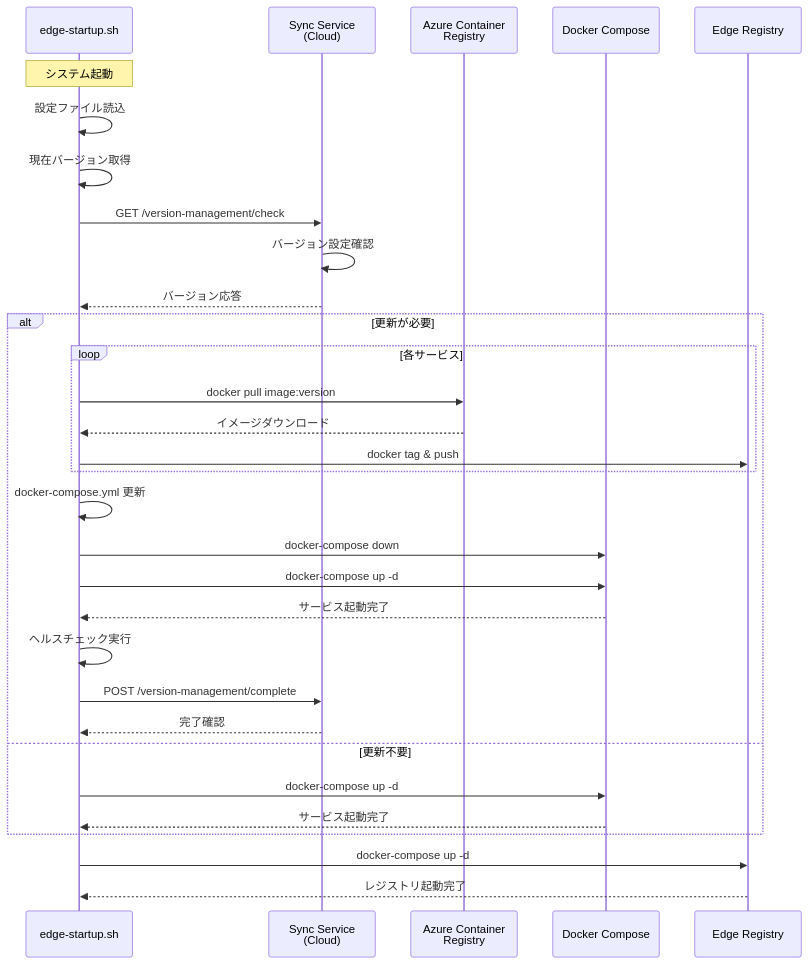
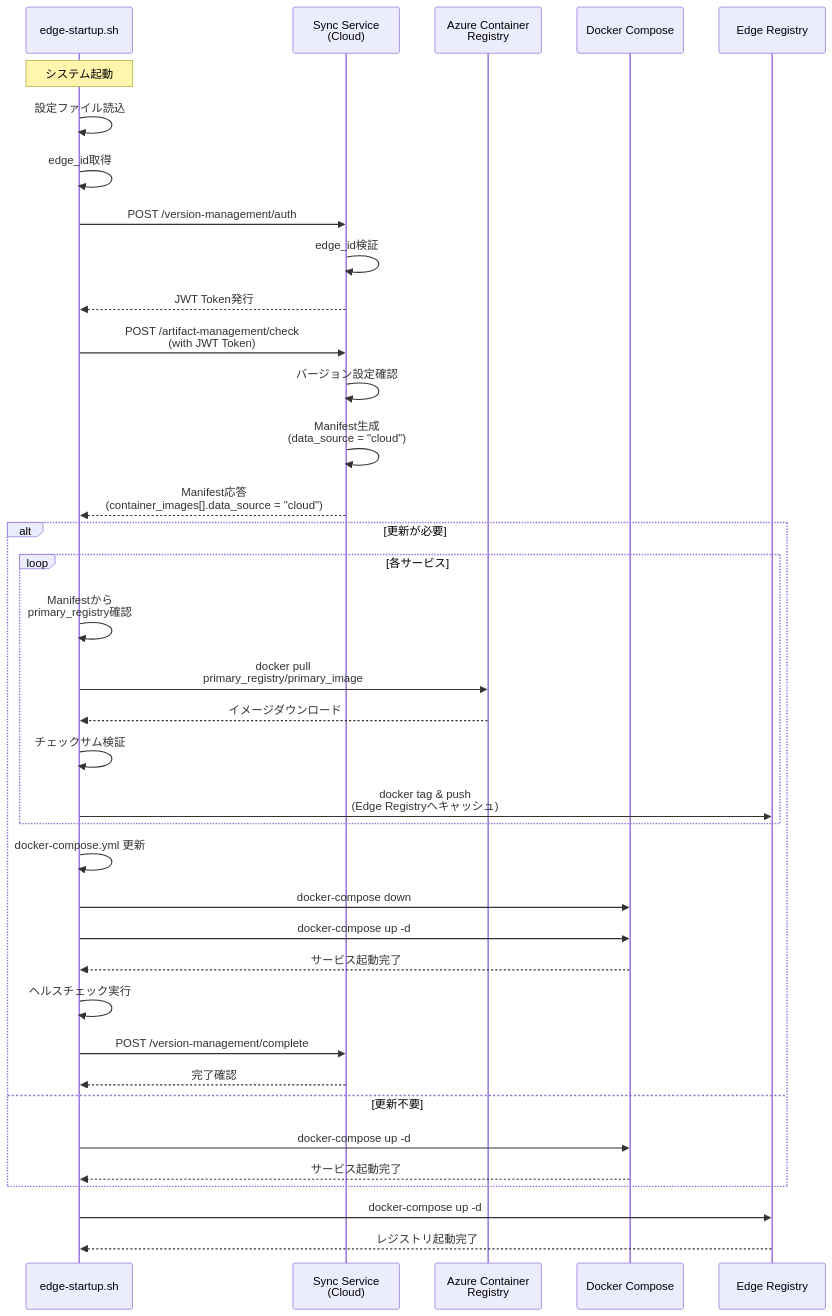
The seventh of 14 diagrams in notes/2-upgrade/03_アーキテクチャ解説書.md (gaocuiping/kugelpos-stpos-docs-new), drawn with Mermaid before and after one commit. The commit also changed other lines of this file and 2 other files, not shown here.

First line of the commit message:
docs: Update version check interval to 15 minutes

````diff
--- a/notes/2-upgrade/03_アーキテクチャ解説書.md
+++ b/notes/2-upgrade/03_アーキテクチャ解説書.md
@@ -492,41 +658,48 @@
 ```mermaid
 sequenceDiagram
     participant ES as edge-startup.sh
     participant SYNC as Sync Service<br/>(Cloud)
     participant ACR as Azure Container<br/>Registry
     participant DC as Docker Compose
     participant ER as Edge Registry
 
     Note over ES: システム起動
 
     ES->>ES: 設定ファイル読込
-    ES->>ES: 現在バージョン取得
+    ES->>ES: edge_id取得
 
-    ES->>SYNC: GET /version-management/check
+    ES->>SYNC: POST /version-management/auth
+    SYNC->>SYNC: edge_id検証
+    SYNC-->>ES: JWT Token発行
+
+    ES->>SYNC: POST /artifact-management/check<br/>(with JWT Token)
     SYNC->>SYNC: バージョン設定確認
-    SYNC-->>ES: バージョン応答
+    SYNC->>SYNC: Manifest生成<br/>(data_source = "cloud")
+    SYNC-->>ES: Manifest応答<br/>(container_images[].data_source = "cloud")
 
     alt 更新が必要
         loop 各サービス
-            ES->>ACR: docker pull image:version
+            ES->>ES: Manifestから<br/>primary_registry確認
+            ES->>ACR: docker pull<br/>primary_registry/primary_image
             ACR-->>ES: イメージダウンロード
-            ES->>ER: docker tag & push
+            ES->>ES: チェックサム検証
+            ES->>ER: docker tag & push<br/>(Edge Registryへキャッシュ)
         end
 
         ES->>ES: docker-compose.yml 更新
         ES->>DC: docker-compose down
         ES->>DC: docker-compose up -d
         DC-->>ES: サービス起動完了
 
         ES->>ES: ヘルスチェック実行
 
         ES->>SYNC: POST /version-management/complete
         SYNC-->>ES: 完了確認
     else 更新不要
         ES->>DC: docker-compose up -d
         DC-->>ES: サービス起動完了
     end
 
     ES->>ER: docker-compose up -d
     ER-->>ES: レジストリ起動完了
 ```
````
